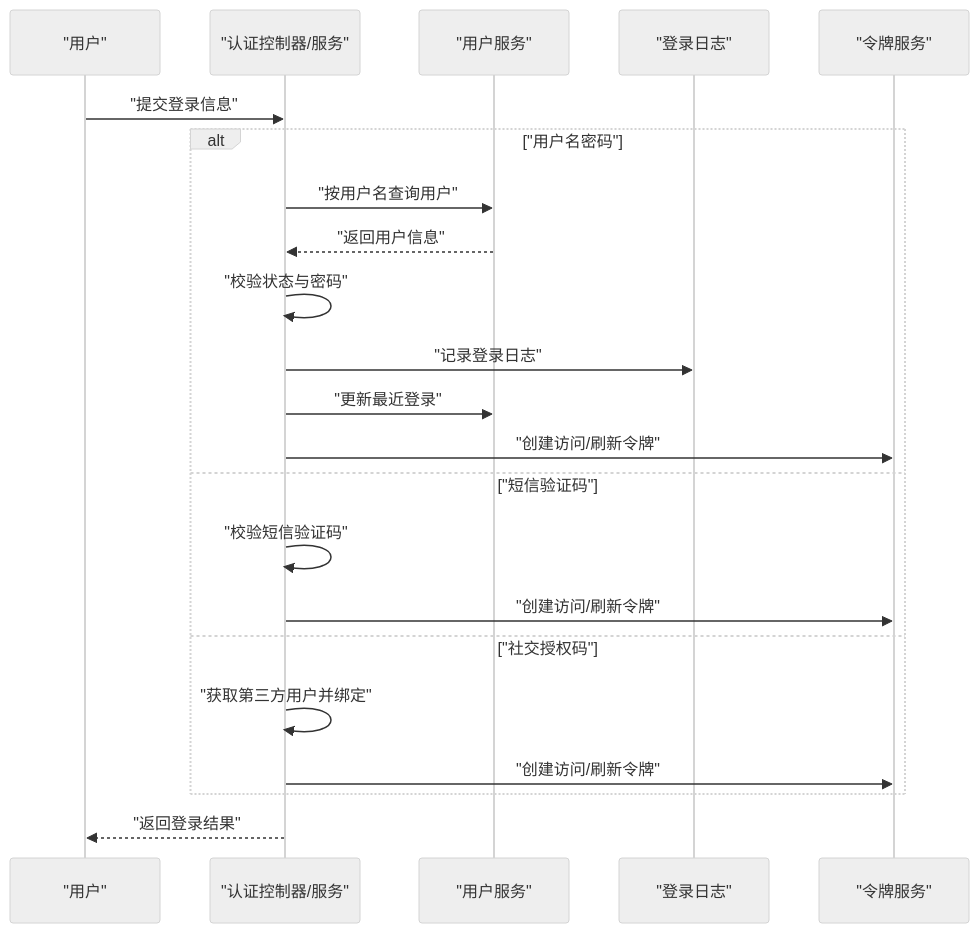
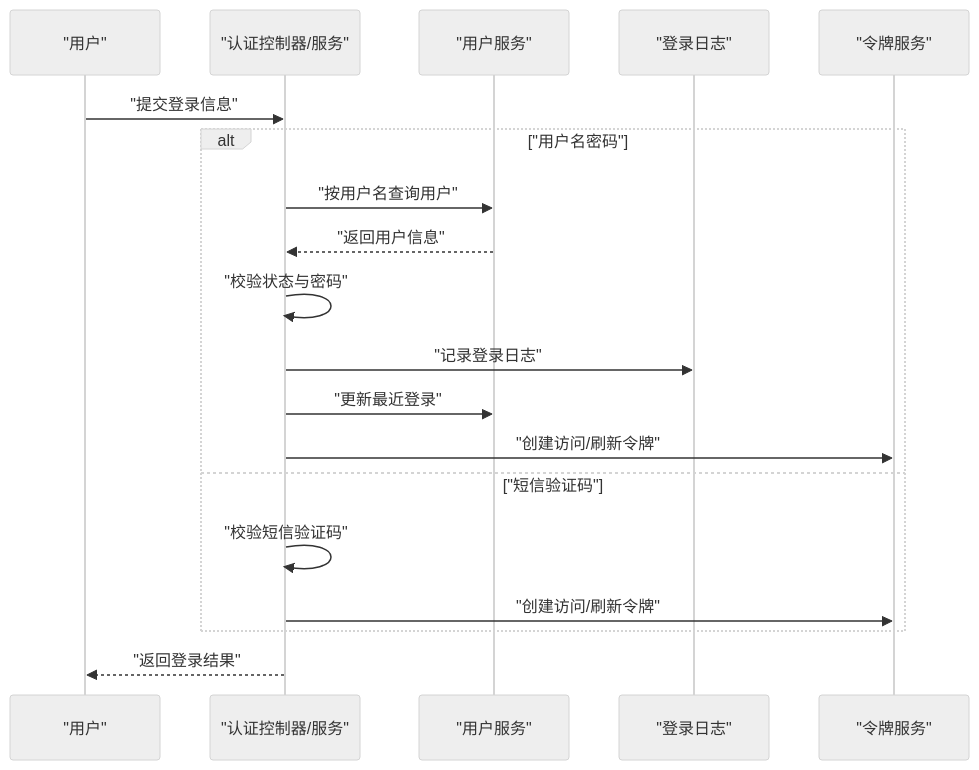
The fourth of 7 diagrams in .qoder/repowiki/zh/content/安全认证/用户认证.md (xiaoche80s-tech/rouyi-vue-pro), drawn with Mermaid (neutral theme) before and after one commit. The commit also changed other lines of this file and 515 other files, not shown here.

````diff
--- a/.qoder/repowiki/zh/content/安全认证/用户认证.md
+++ b/.qoder/repowiki/zh/content/安全认证/用户认证.md
@@ -221,24 +215,21 @@
 ```mermaid
 sequenceDiagram
 participant U as "用户"
 participant CTRL as "认证控制器/服务"
 participant USR as "用户服务"
 participant LOG as "登录日志"
 participant TOK as "令牌服务"
 U->>CTRL : "提交登录信息"
 alt "用户名密码"
 CTRL->>USR : "按用户名查询用户"
 USR-->>CTRL : "返回用户信息"
 CTRL->>CTRL : "校验状态与密码"
 CTRL->>LOG : "记录登录日志"
 CTRL->>USR : "更新最近登录"
 CTRL->>TOK : "创建访问/刷新令牌"
 else "短信验证码"
 CTRL->>CTRL : "校验短信验证码"
 CTRL->>TOK : "创建访问/刷新令牌"
-else "社交授权码"
-CTRL->>CTRL : "获取第三方用户并绑定"
-CTRL->>TOK : "创建访问/刷新令牌"
 end
 CTRL-->>U : "返回登录结果"
 ```
````
